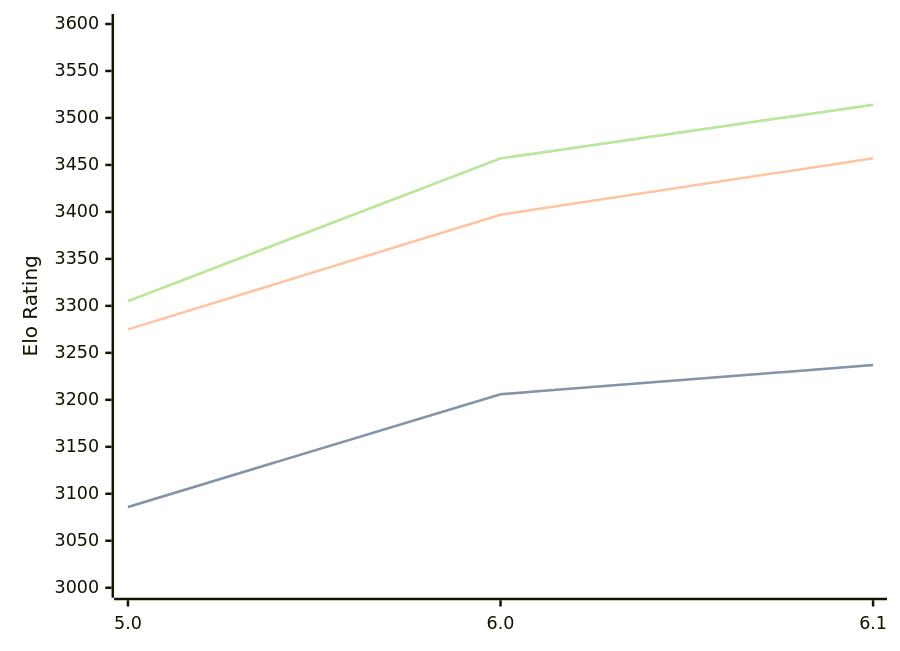
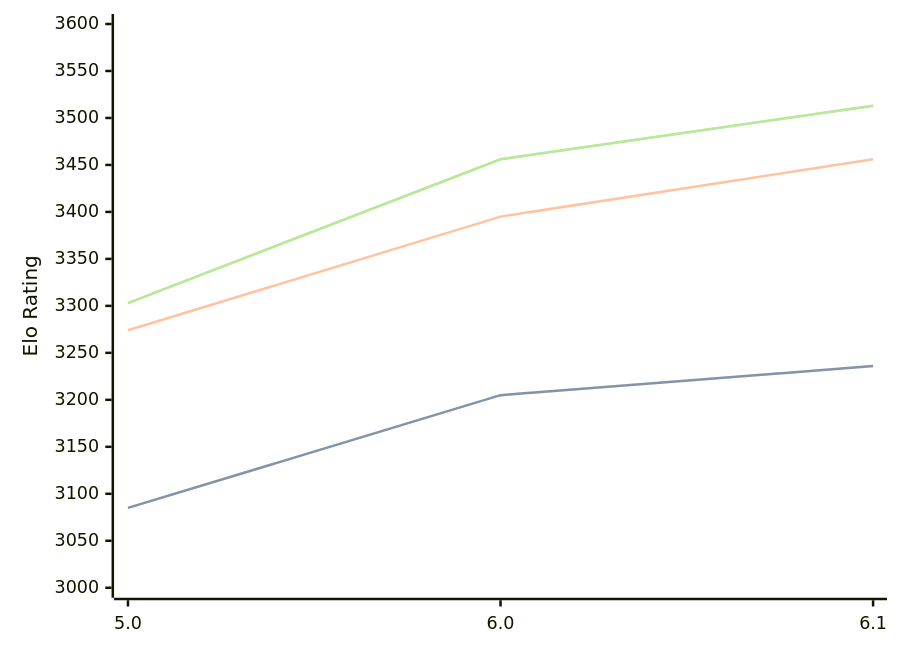
The diagram in engines/PZChessBot.md (computer-chess-index/cci), drawn with Mermaid before and after one commit. The commit also changed other lines of this file, not shown here.

Commit message:
Update CCI Ratings (ELO VLTC) - 2026-04-26

````diff
--- a/engines/PZChessBot.md
+++ b/engines/PZChessBot.md
@@ -42,11 +42,11 @@
 ```mermaid
 %%{init: {"theme":"base","themeVariables":{"seriesColors:['#a3a3a3','#222221','#faa371']}}}%%
 xychart-beta
   x-axis ["5.0", "6.0", "6.1"]
   y-axis "Elo Rating" 3000 --> 3600
-  line "STC (8.0+0.08s)" [3086, 3206, 3237]
-  line "STC (8.0+0.08s)" [3086, 3206, 3237]
-  line "LTC (60.0+0.60s)" [3275, 3397, 3457]
-  line "VLTC (2m24s+1.12s)" [3305, 3457, 3514]
-  line "VLTC (2m24s+1.12s)" [3305, 3457, 3514]
+  line "STC (8.0+0.08s)" [3085, 3205, 3236]
+  line "STC (8.0+0.08s)" [3085, 3205, 3236]
+  line "LTC (60.0+0.60s)" [3274, 3395, 3456]
+  line "VLTC (2m24s+1.12s)" [3303, 3456, 3513]
+  line "VLTC (2m24s+1.12s)" [3303, 3456, 3513]
 ```
````
